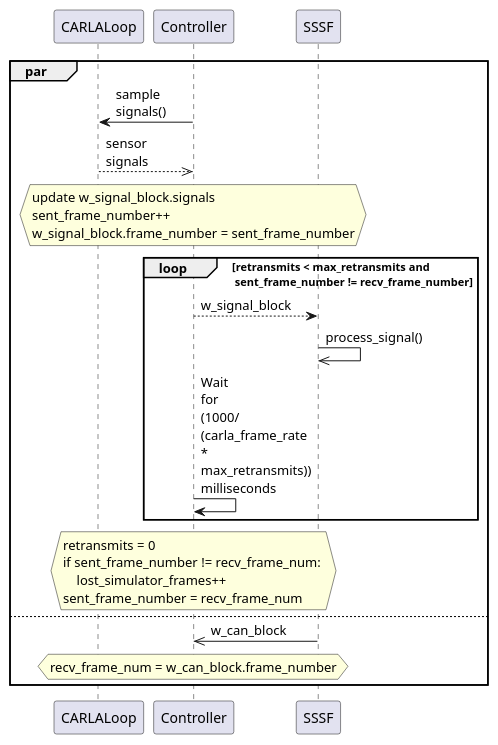
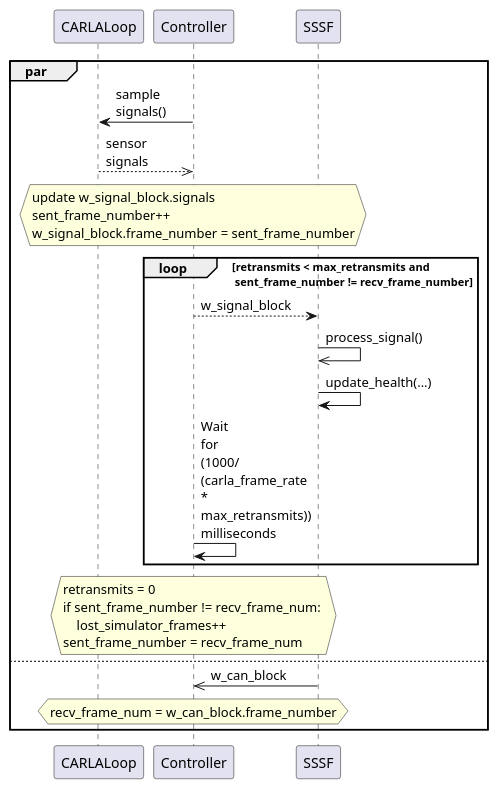
The diagram in Doc/Paper/images/signal_control.wsd (SystemsCyber/Software-Defined-Truck), drawn with PlantUML before and after one commit. The commit also changed 17 other files, not shown here.

```diff
--- a/Doc/Paper/images/signal_control.wsd
+++ b/Doc/Paper/images/signal_control.wsd
@@ -1,26 +1,27 @@
 @startuml
 skinparam maxmessagesize 40
 par
 CARLALoop <- Controller : sample signals()
 CARLALoop -->> Controller: sensor signals
 hnote over Controller
 update w_signal_block.signals
 sent_frame_number++
 w_signal_block.frame_number = sent_frame_number
 endhnote
 loop retransmits < max_retransmits and \n sent_frame_number != recv_frame_number
 Controller --> SSSF: w_signal_block
 SSSF ->> SSSF: process_signal()
+SSSF -> SSSF: update_health(...)
 Controller -> Controller: Wait for (1000/ (carla_frame_rate * max_retransmits)) milliseconds
 end
 hnote over Controller
 retransmits = 0
 if sent_frame_number != recv_frame_num: 
     lost_simulator_frames++
 sent_frame_number = recv_frame_num
 endhnote
 else
 SSSF ->> Controller: w_can_block
 hnote over Controller: recv_frame_num = w_can_block.frame_number
 end
 @enduml
```
